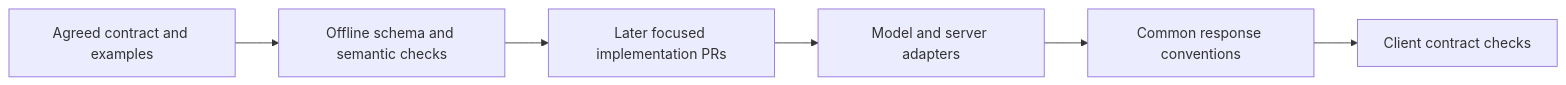
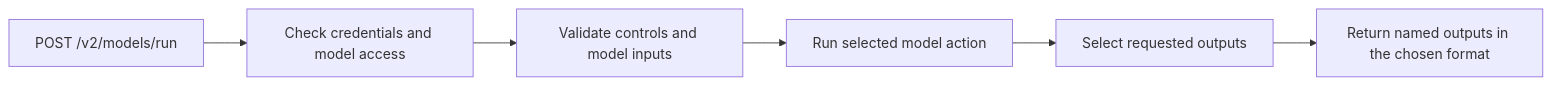
One commit to roboflow/inference changed the second of 4 diagrams in plans/v2-api/01-shared-contract.md. Above: the diagram before and after it, drawn with Mermaid. The commit also changed other lines of this file, not shown here.

Commit message:
Explain V2 contract decisions with concrete examples

````diff
--- a/plans/v2-api/01-shared-contract.md
+++ b/plans/v2-api/01-shared-contract.md
@@ -73,8 +73,8 @@
 ```mermaid
 flowchart LR
-    A[Agreed contract and examples] --> B[Offline schema and semantic checks]
-    B --> C[Later focused implementation PRs]
-    C --> D[Model and server adapters]
-    D --> E[Common response conventions]
-    E --> F[Client contract checks]
+    A[POST /v2/models/run] --> B[Check credentials and model access]
+    B --> C[Validate controls and model inputs]
+    C --> D[Run selected model action]
+    D --> E[Select requested outputs]
+    E --> F[Return named outputs in the chosen format]
 ```
````
